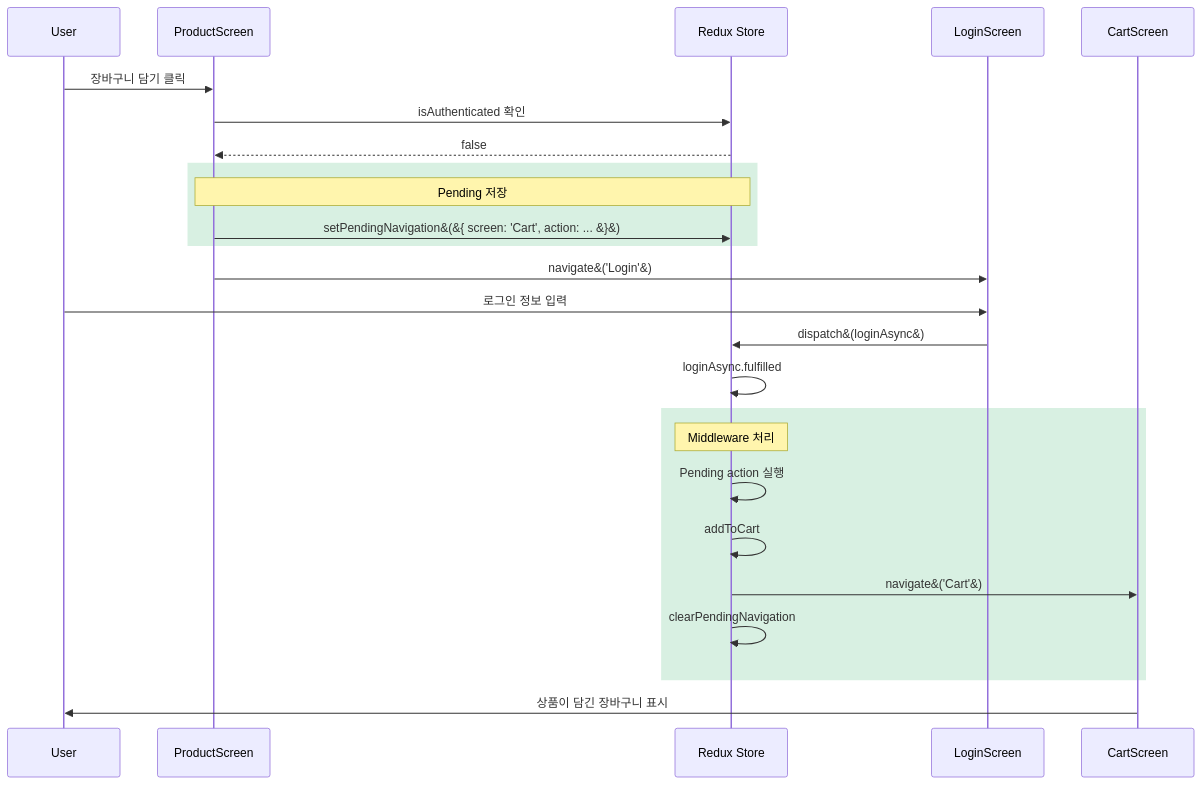
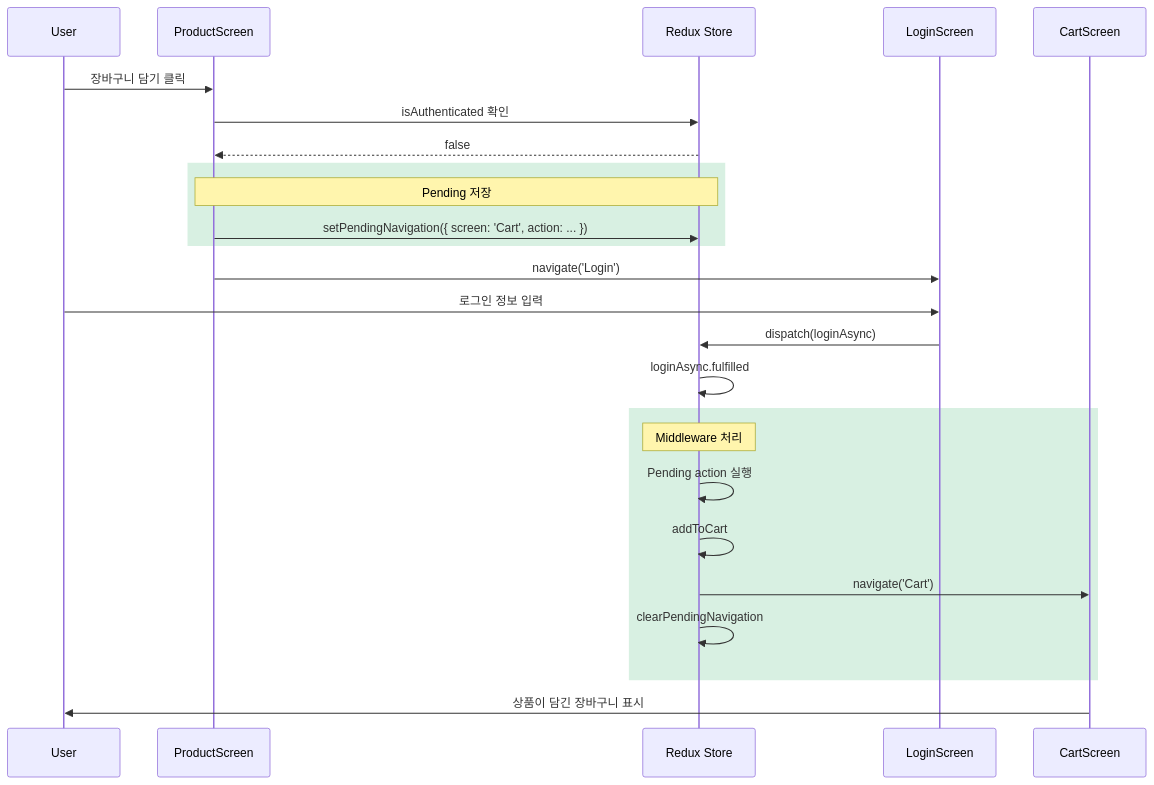
The fourth of 5 diagrams in chapters/03-3_navigation_redux_integration.md (KalGookSoo/react-native-guide), drawn with Mermaid before and after one commit. The commit also changed other lines of this file, not shown here.

First line of the commit message:
docs: Mermaid 다이어그램 이스케이프 코드 수정

````diff
--- a/chapters/03-3_navigation_redux_integration.md
+++ b/chapters/03-3_navigation_redux_integration.md
@@ -680,33 +680,33 @@
 ```mermaid
 sequenceDiagram
     participant U as User
     participant P as ProductScreen
     participant S as Redux Store
     participant L as LoginScreen
     participant C as CartScreen
 
     U->>P: 장바구니 담기 클릭
     P->>S: isAuthenticated 확인
     S-->>P: false
 
     rect rgb(60, 179, 113, 0.2)
         Note over P,S: Pending 저장
-        P->>S: setPendingNavigation&#40;&#123; screen: 'Cart', action: ... &#125;&#41;
+        P->>S: setPendingNavigation#40;#123; screen: 'Cart', action: ... #125;#41;
     end
 
-    P->>L: navigate&#40;'Login'&#41;
+    P->>L: navigate#40;'Login'#41;
 
     U->>L: 로그인 정보 입력
-    L->>S: dispatch&#40;loginAsync&#41;
+    L->>S: dispatch#40;loginAsync#41;
     S->>S: loginAsync.fulfilled
 
     rect rgb(60, 179, 113, 0.2)
         Note over S: Middleware 처리
         S->>S: Pending action 실행
         S->>S: addToCart
-        S->>C: navigate&#40;'Cart'&#41;
+        S->>C: navigate#40;'Cart'#41;
         S->>S: clearPendingNavigation
     end
 
     C->>U: 상품이 담긴 장바구니 표시
 ```
````
